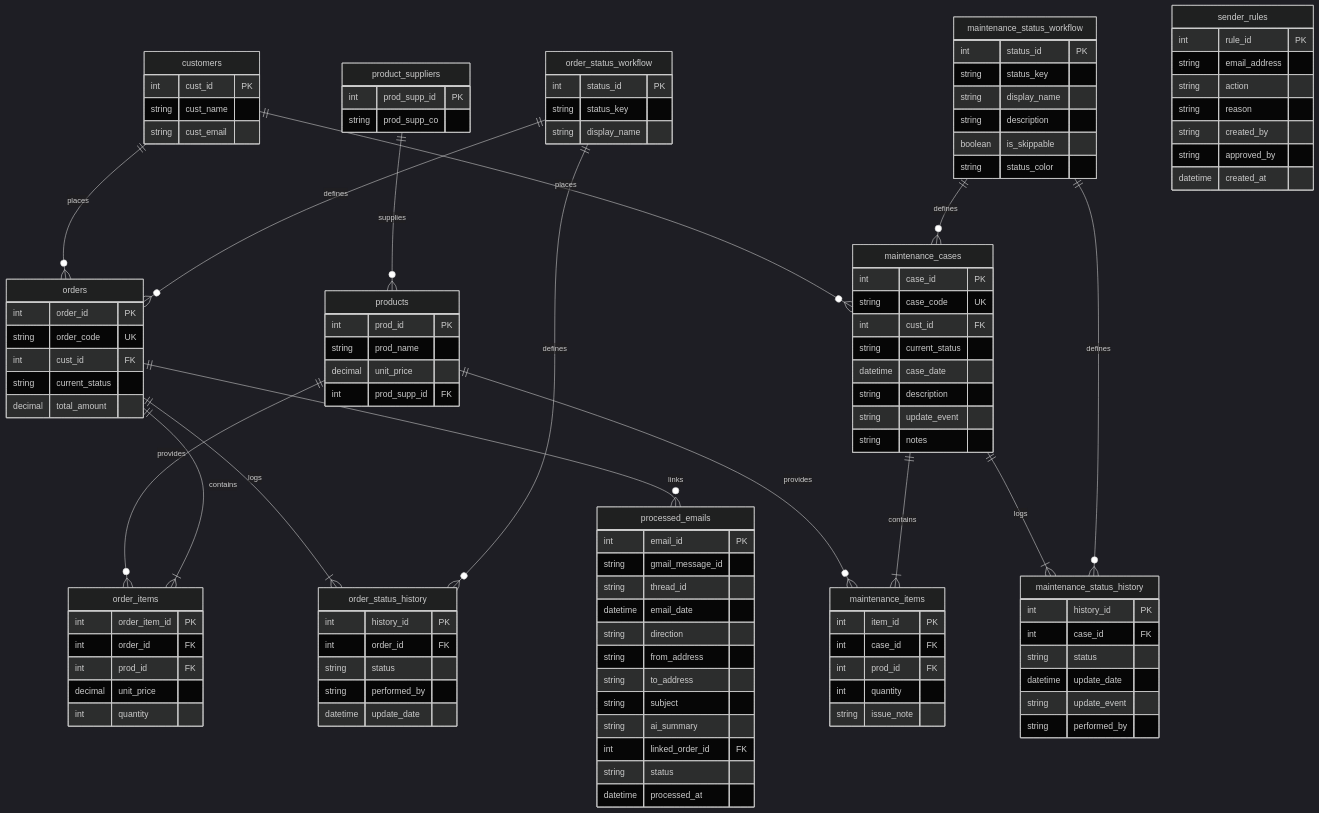
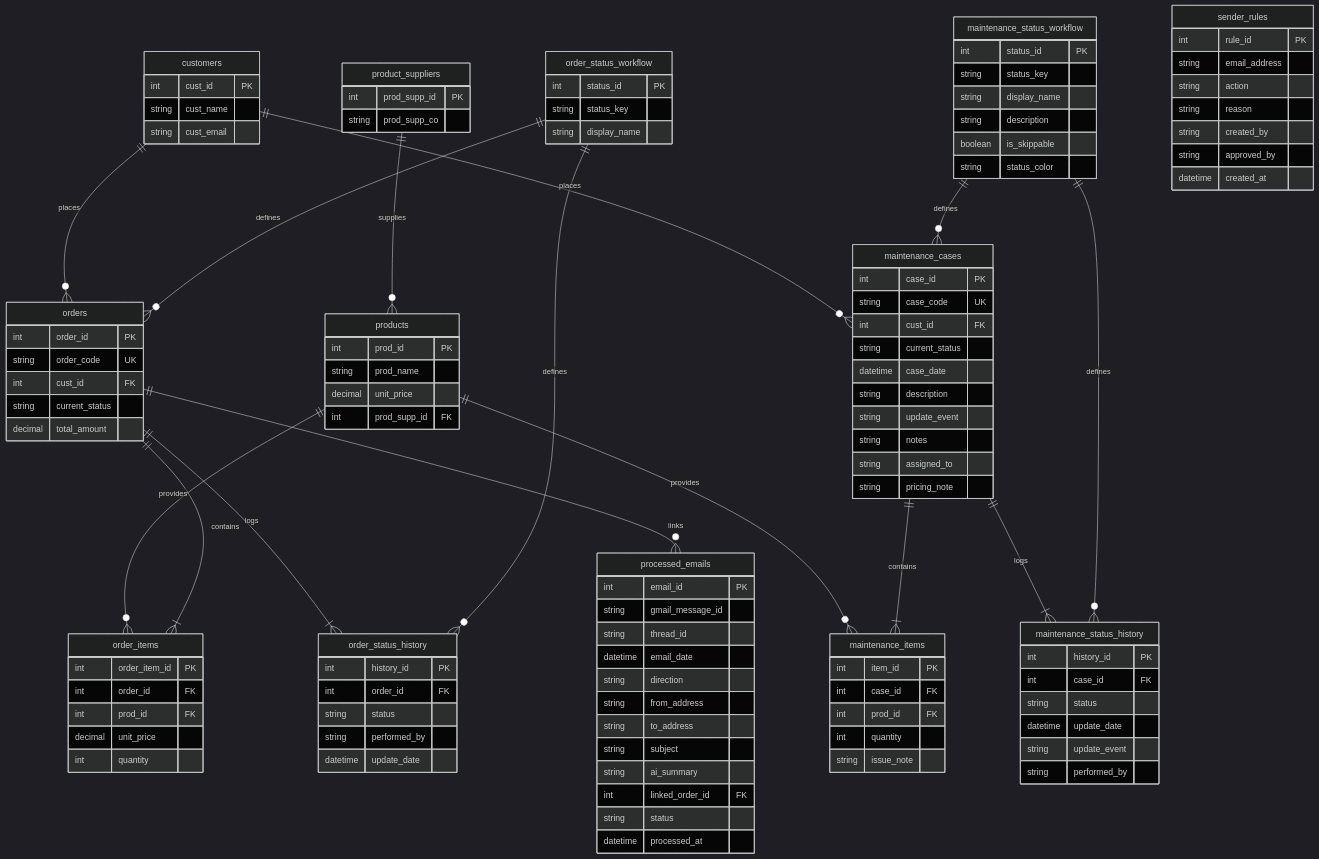
Before and after one commit to blian24/coolkonyha-solo-vibe: the diagram in docs/architecture/database-schema.md, drawn with Mermaid (dark theme). The commit also changed other lines of this file and 15 other files, not shown here.

First line of the commit message:
feat(maintenance): align schema/workflow with CK's real Excel process

```diff
--- a/docs/architecture/database-schema.md
+++ b/docs/architecture/database-schema.md
@@ -87,6 +87,8 @@
         string description
         string update_event
         string notes
+        string assigned_to
+        string pricing_note
     }
 
     maintenance_items {
```
